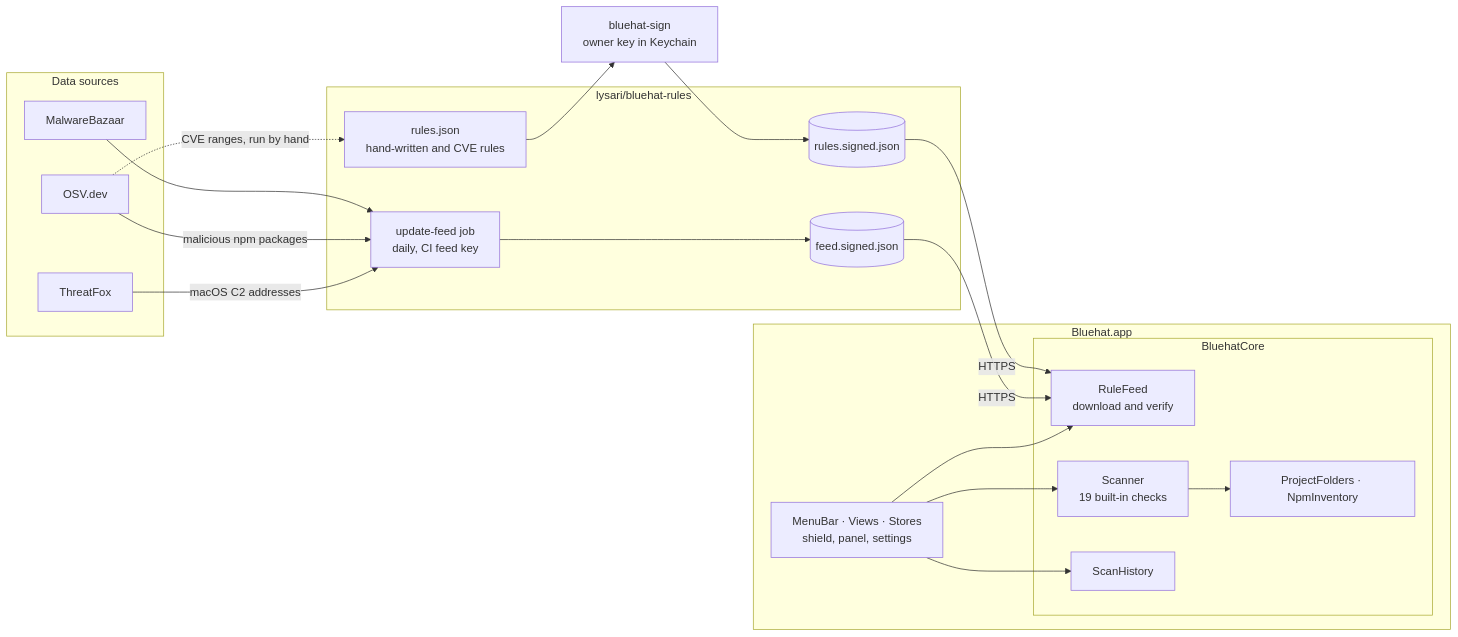
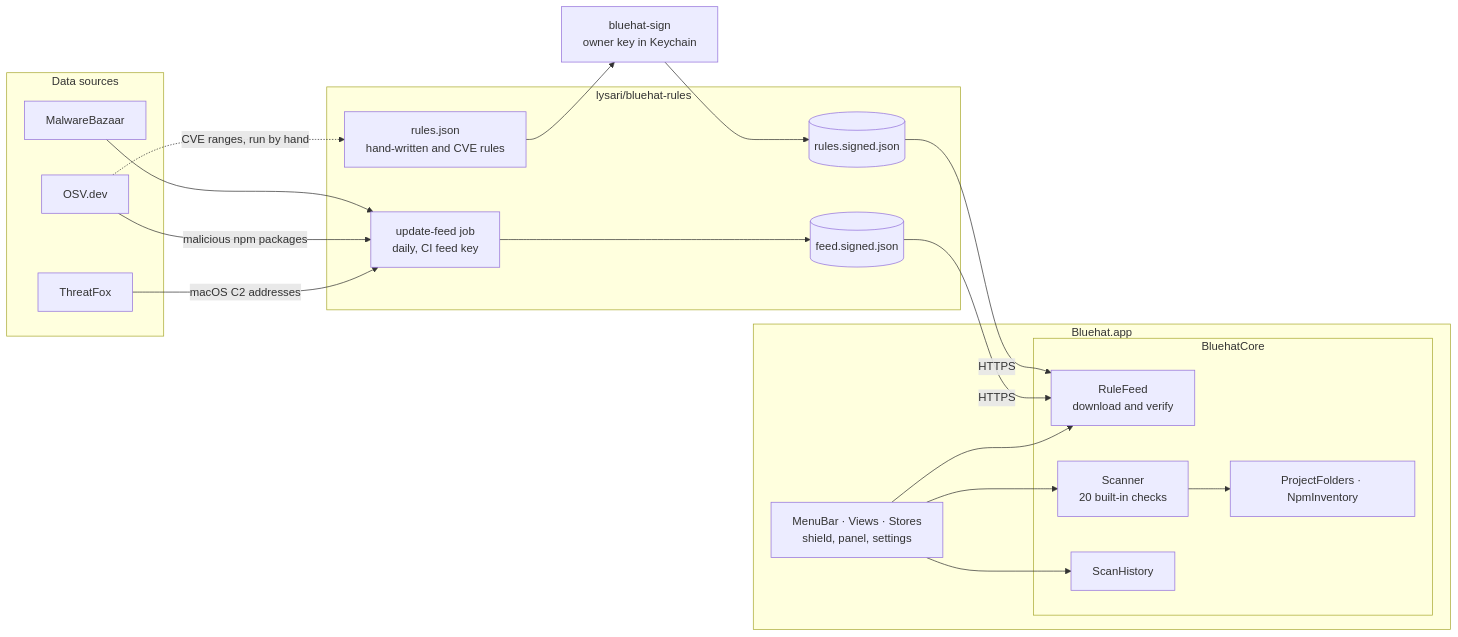
One commit to lysari/bluehat changed the diagram in README.md. Above: the diagram before and after it, drawn with Mermaid. The commit also changed other lines of this file and 10 other files, not shown here.

````diff
--- a/README.md
+++ b/README.md
@@ -206,36 +213,36 @@
 ```mermaid
 flowchart LR
     subgraph Sources["Data sources"]
         MB["MalwareBazaar"]
         OSV["OSV.dev"]
         TF["ThreatFox"]
     end
     subgraph RulesRepo["lysari/bluehat-rules"]
         RJ["rules.json<br/>hand-written and CVE rules"]
         CI["update-feed job<br/>daily, CI feed key"]
         RS[("rules.signed.json")]
         FS[("feed.signed.json")]
     end
     Sign["bluehat-sign<br/>owner key in Keychain"]
     subgraph App["Bluehat.app"]
         UI["MenuBar · Views · Stores<br/>shield, panel, settings"]
         subgraph Core["BluehatCore"]
             Feed["RuleFeed<br/>download and verify"]
-            Scan["Scanner<br/>19 built-in checks"]
+            Scan["Scanner<br/>20 built-in checks"]
             Inv["ProjectFolders · NpmInventory"]
             Hist["ScanHistory"]
         end
     end
     MB --> CI
     OSV -->|malicious npm packages| CI
     TF -->|macOS C2 addresses| CI
     OSV -.->|CVE ranges, run by hand| RJ
     CI --> FS
     RJ --> Sign --> RS
     RS -->|HTTPS| Feed
     FS -->|HTTPS| Feed
     UI --> Feed
     UI --> Scan
     UI --> Hist
     Scan --> Inv
 ```
````
